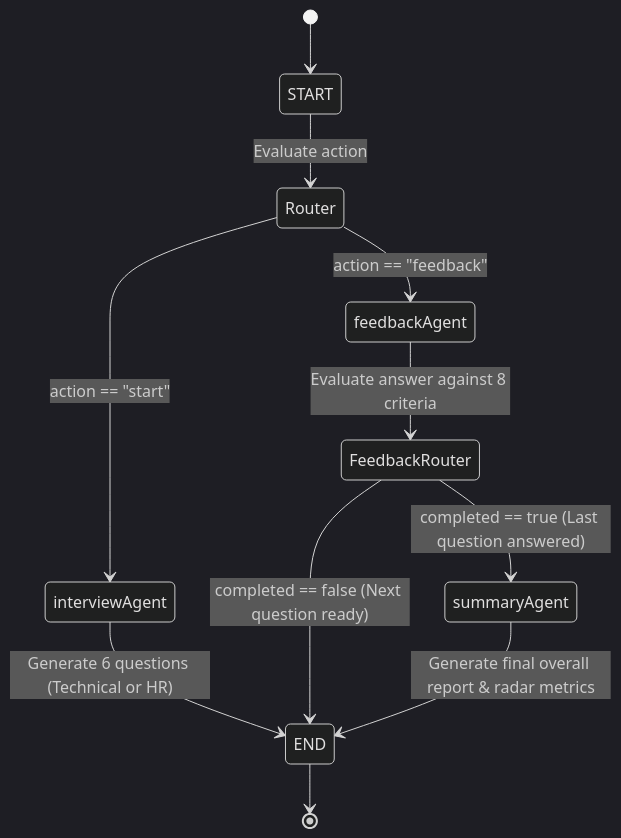
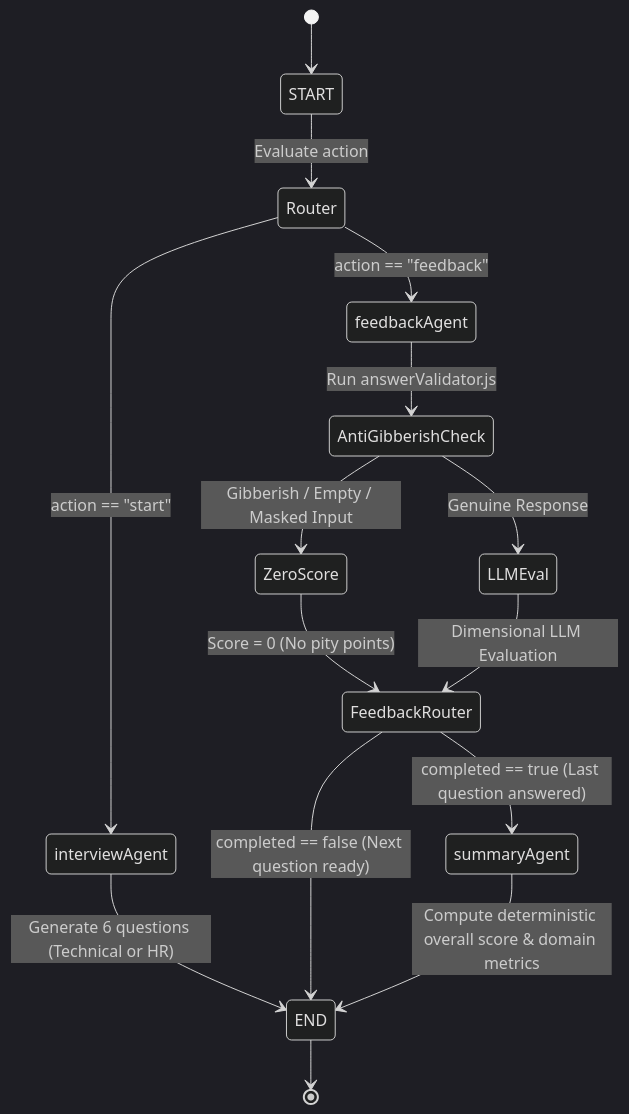
The second of 3 diagrams in README.md (Harsh-Sharma-0001/Yugam), drawn with Mermaid (dark theme) before and after one commit. The commit also changed other lines of this file, not shown here.

````diff
--- a/README.md
+++ b/README.md
@@ -399,20 +336,26 @@
 ```mermaid
 stateDiagram-v2
     [*] --> START
     START --> Router: Evaluate action
 
     state Router <<choice>>
     Router --> interviewAgent: action == "start"
     Router --> feedbackAgent: action == "feedback"
 
     interviewAgent --> END: Generate 6 questions (Technical or HR)
 
-    feedbackAgent --> FeedbackRouter: Evaluate answer against 8 criteria
+    feedbackAgent --> AntiGibberishCheck: Run answerValidator.js
+    state AntiGibberishCheck <<choice>>
+    AntiGibberishCheck --> ZeroScore: Gibberish / Empty / Masked Input
+    AntiGibberishCheck --> LLMEval: Genuine Response
+
+    ZeroScore --> FeedbackRouter: Score = 0 (No pity points)
+    LLMEval --> FeedbackRouter: Dimensional LLM Evaluation
 
     state FeedbackRouter <<choice>>
     FeedbackRouter --> summaryAgent: completed == true (Last question answered)
     FeedbackRouter --> END: completed == false (Next question ready)
 
-    summaryAgent --> END: Generate final overall report & radar metrics
+    summaryAgent --> END: Compute deterministic overall score & domain metrics
     END --> [*]
 ```
````
